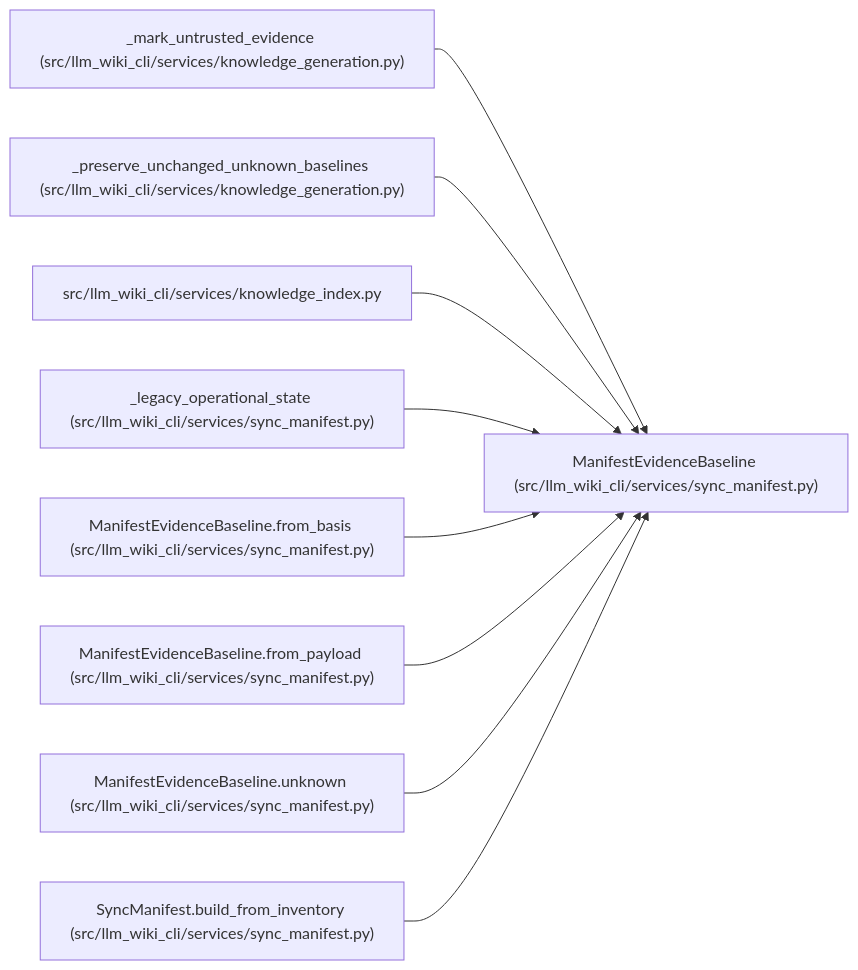
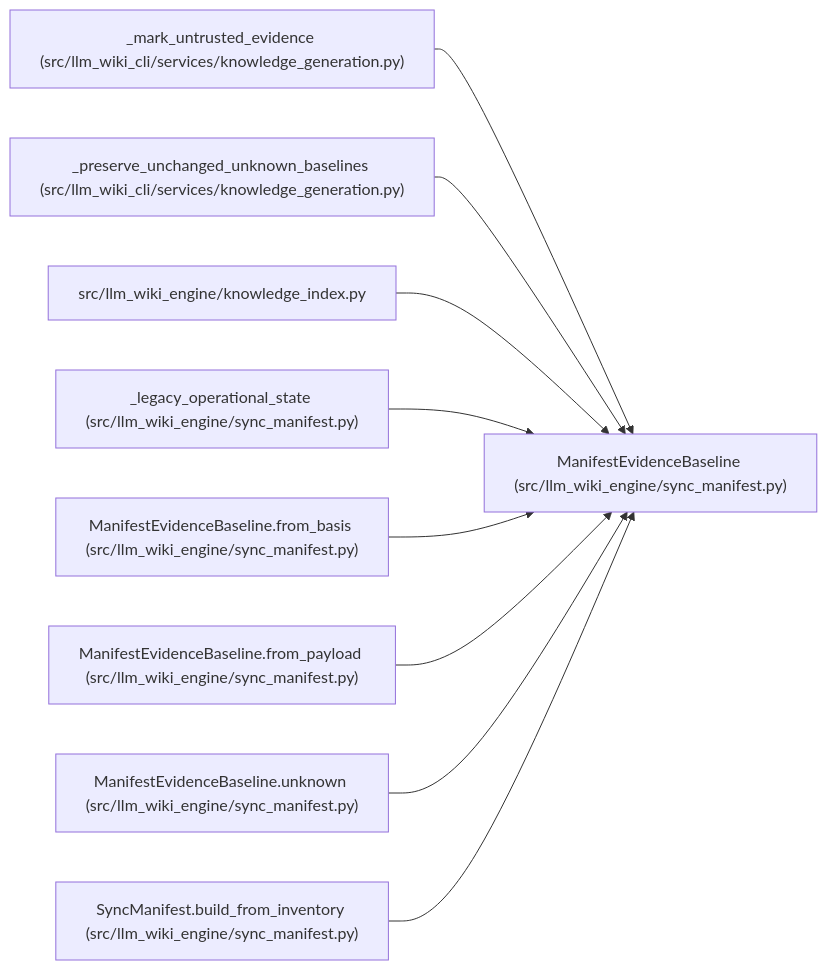
The diagram in docs/llm_wiki/entities/ManifestEvidenceBaseline.md (Denissvgn/python-wiki-llm), drawn with Mermaid before and after one commit. The commit also changed other lines of this file and 1058 other files, not shown here.

First line of the commit message:
docs: refresh the wiki for the knowledge store move

````diff
--- a/docs/llm_wiki/entities/ManifestEvidenceBaseline.md
+++ b/docs/llm_wiki/entities/ManifestEvidenceBaseline.md
@@ -35,29 +35,29 @@
 ```mermaid
 flowchart LR
-    n0["ManifestEvidenceBaseline (src/llm_wiki_cli/services/sync_manifest.py)"]
+    n0["ManifestEvidenceBaseline (src/llm_wiki_engine/sync_manifest.py)"]
     n1["_mark_untrusted_evidence (src/llm_wiki_cli/services/knowledge_generation.py)"]
     n2["_preserve_unchanged_unknown_baselines (src/llm_wiki_cli/services/knowledge_generation.py)"]
-    n3["src/llm_wiki_cli/services/knowledge_index.py"]
-    n4["_legacy_operational_state (src/llm_wiki_cli/services/sync_manifest.py)"]
-    n5["ManifestEvidenceBaseline.from_basis (src/llm_wiki_cli/services/sync_manifest.py)"]
-    n6["ManifestEvidenceBaseline.from_payload (src/llm_wiki_cli/services/sync_manifest.py)"]
-    n7["ManifestEvidenceBaseline.unknown (src/llm_wiki_cli/services/sync_manifest.py)"]
-    n8["SyncManifest.build_from_inventory (src/llm_wiki_cli/services/sync_manifest.py)"]
+    n3["src/llm_wiki_engine/knowledge_index.py"]
+    n4["_legacy_operational_state (src/llm_wiki_engine/sync_manifest.py)"]
+    n5["ManifestEvidenceBaseline.from_basis (src/llm_wiki_engine/sync_manifest.py)"]
+    n6["ManifestEvidenceBaseline.from_payload (src/llm_wiki_engine/sync_manifest.py)"]
+    n7["ManifestEvidenceBaseline.unknown (src/llm_wiki_engine/sync_manifest.py)"]
+    n8["SyncManifest.build_from_inventory (src/llm_wiki_engine/sync_manifest.py)"]
     n1 --> n0
     n2 --> n0
     n3 --> n0
     n4 --> n0
     n5 --> n0
     n6 --> n0
     n7 --> n0
     n8 --> n0
     click n0 "../modules/sync_manifest.md"
     click n1 "../modules/knowledge_generation.md"
     click n2 "../modules/knowledge_generation.md"
     click n3 "../modules/knowledge_index.md"
     click n4 "../modules/sync_manifest.md"
     click n5 "../modules/sync_manifest.md"
     click n6 "../modules/sync_manifest.md"
     click n7 "../modules/sync_manifest.md"
     click n8 "../modules/sync_manifest.md"
 ```
````
